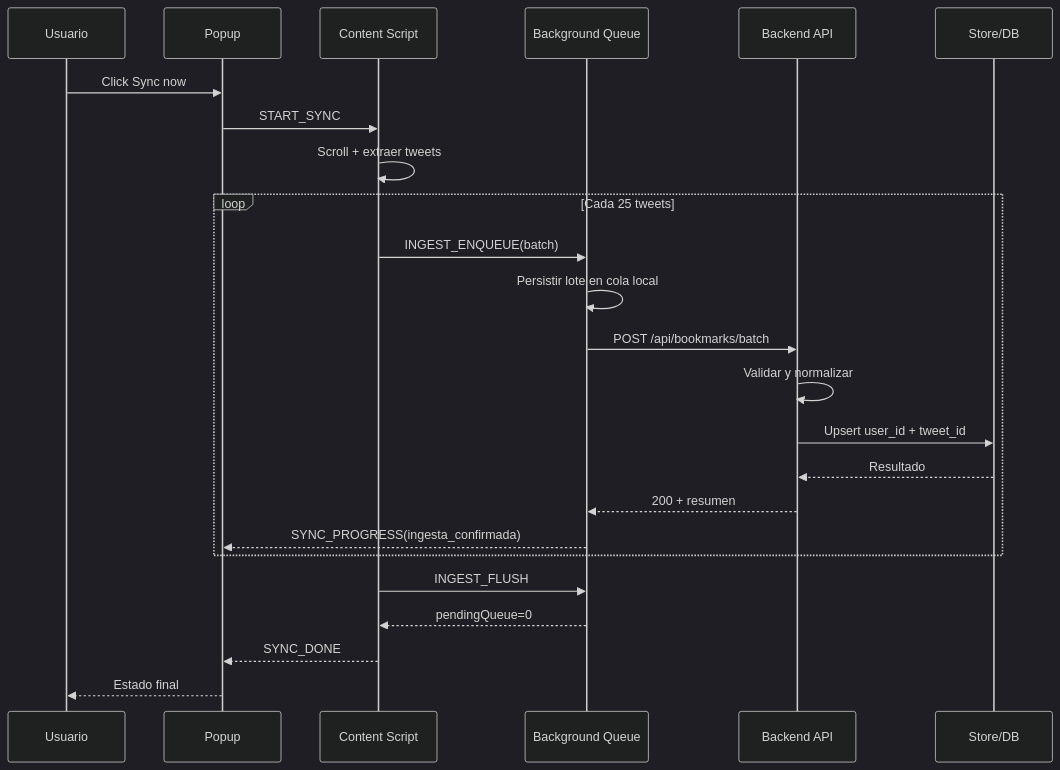
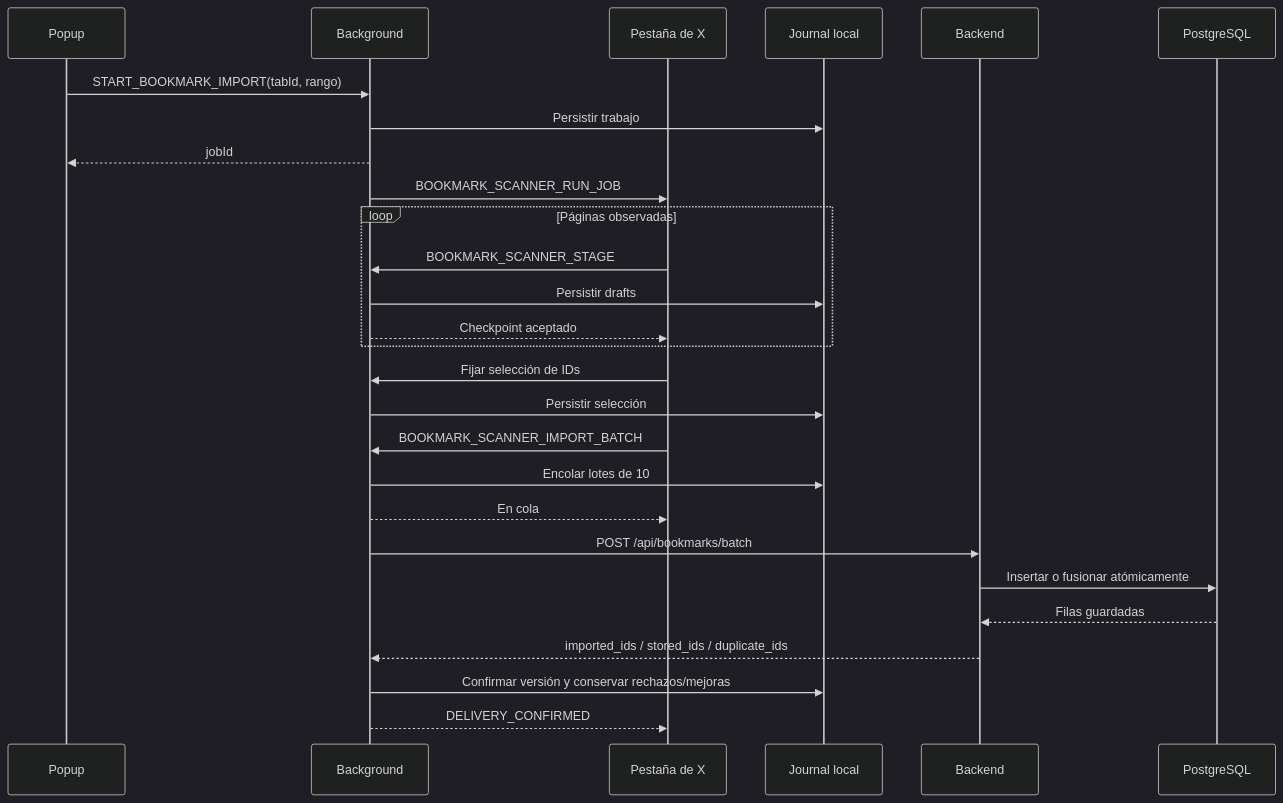
The diagram in docs/ingesta-paso-a-paso.md (FilipaoVfx/indexer), drawn with Mermaid (dark theme) before and after one commit. The commit also changed other lines of this file and 25 other files, not shown here.

````diff
--- a/docs/ingesta-paso-a-paso.md
+++ b/docs/ingesta-paso-a-paso.md
@@ -42,27 +5,29 @@
 ```mermaid
 sequenceDiagram
-  participant U as Usuario
   participant P as Popup
-  participant C as Content Script
-  participant B as Background Queue
-  participant API as Backend API
-  participant DB as Store/DB
-
-  U->>P: Click Sync now
-  P->>C: START_SYNC
-  C->>C: Scroll + extraer tweets
-  loop Cada 25 tweets
-    C->>B: INGEST_ENQUEUE(batch)
-    B->>B: Persistir lote en cola local
-    B->>API: POST /api/bookmarks/batch
-    API->>API: Validar y normalizar
-    API->>DB: Upsert user_id + tweet_id
-    DB-->>API: Resultado
-    API-->>B: 200 + resumen
-    B-->>P: SYNC_PROGRESS(ingesta_confirmada)
+  participant B as Background
+  participant C as Pestaña de X
+  participant J as Journal local
+  participant API as Backend
+  participant DB as PostgreSQL
+  P->>B: START_BOOKMARK_IMPORT(tabId, rango)
+  B->>J: Persistir trabajo
+  B-->>P: jobId
+  B->>C: BOOKMARK_SCANNER_RUN_JOB
+  loop Páginas observadas
+    C->>B: BOOKMARK_SCANNER_STAGE
+    B->>J: Persistir drafts
+    B-->>C: Checkpoint aceptado
   end
-  C->>B: INGEST_FLUSH
-  B-->>C: pendingQueue=0
-  C-->>P: SYNC_DONE
-  P-->>U: Estado final
+  C->>B: Fijar selección de IDs
+  B->>J: Persistir selección
+  C->>B: BOOKMARK_SCANNER_IMPORT_BATCH
+  B->>J: Encolar lotes de 10
+  B-->>C: En cola
+  B->>API: POST /api/bookmarks/batch
+  API->>DB: Insertar o fusionar atómicamente
+  DB-->>API: Filas guardadas
+  API-->>B: imported_ids / stored_ids / duplicate_ids
+  B->>J: Confirmar versión y conservar rechazos/mejoras
+  B-->>C: DELIVERY_CONFIRMED
 ```
````
